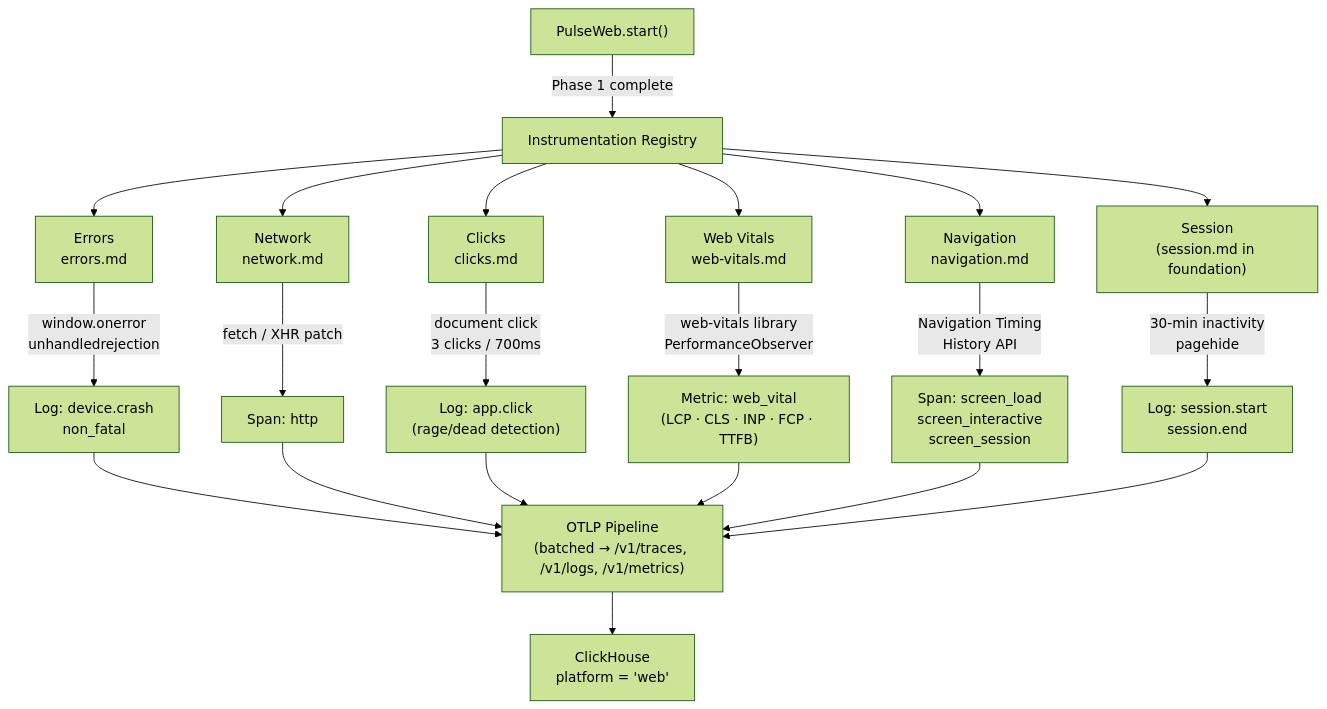
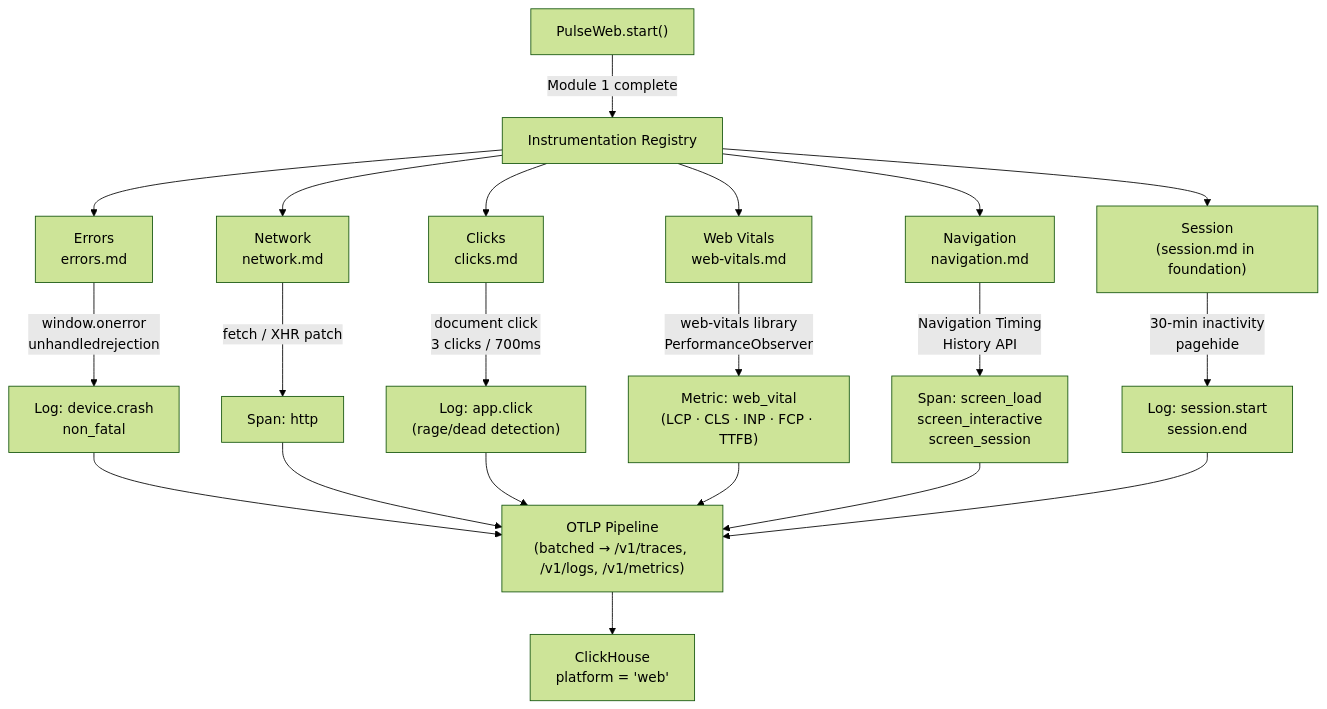
One commit to dream-horizon-org/pulse changed the diagram in web-sdk-plan/v1/02-instrumentations/flow-summary.md. Above: the diagram before and after it, drawn with Mermaid (forest theme). The commit also changed 9 other files, not shown here.

````diff
--- a/web-sdk-plan/v1/02-instrumentations/flow-summary.md
+++ b/web-sdk-plan/v1/02-instrumentations/flow-summary.md
@@ -9,21 +9,21 @@
 ```mermaid
 flowchart TD
-    SDK["PulseWeb.start()"] -->|"Phase 1 complete"| REG["Instrumentation Registry"]
+    SDK["PulseWeb.start()"] -->|"Module 1 complete"| REG["Instrumentation Registry"]
 
     REG --> ERR["Errors\nerrors.md"]
     REG --> NET["Network\nnetwork.md"]
     REG --> CLK["Clicks\nclicks.md"]
     REG --> WV["Web Vitals\nweb-vitals.md"]
     REG --> NAV["Navigation\nnavigation.md"]
     REG --> SESS["Session\n(session.md in foundation)"]
 
     ERR -->|"window.onerror\nunhandledrejection"| LOG1["Log: device.crash\nnon_fatal"]
     NET -->|"fetch / XHR patch"| SPAN1["Span: http"]
     CLK -->|"document click\n3 clicks / 700ms"| LOG2["Log: app.click\n(rage/dead detection)"]
     WV -->|"web-vitals library\nPerformanceObserver"| MET["Metric: web_vital\n(LCP · CLS · INP · FCP · TTFB)"]
     NAV -->|"Navigation Timing\nHistory API"| SPAN2["Span: screen_load\nscreen_interactive\nscreen_session"]
     SESS -->|"30-min inactivity\npagehide"| LOG3["Log: session.start\nsession.end"]
 
     LOG1 & SPAN1 & LOG2 & MET & SPAN2 & LOG3 --> PIPE["OTLP Pipeline\n(batched → /v1/traces, /v1/logs, /v1/metrics)"]
     PIPE --> CH["ClickHouse\nplatform = 'web'"]
 ```
````
